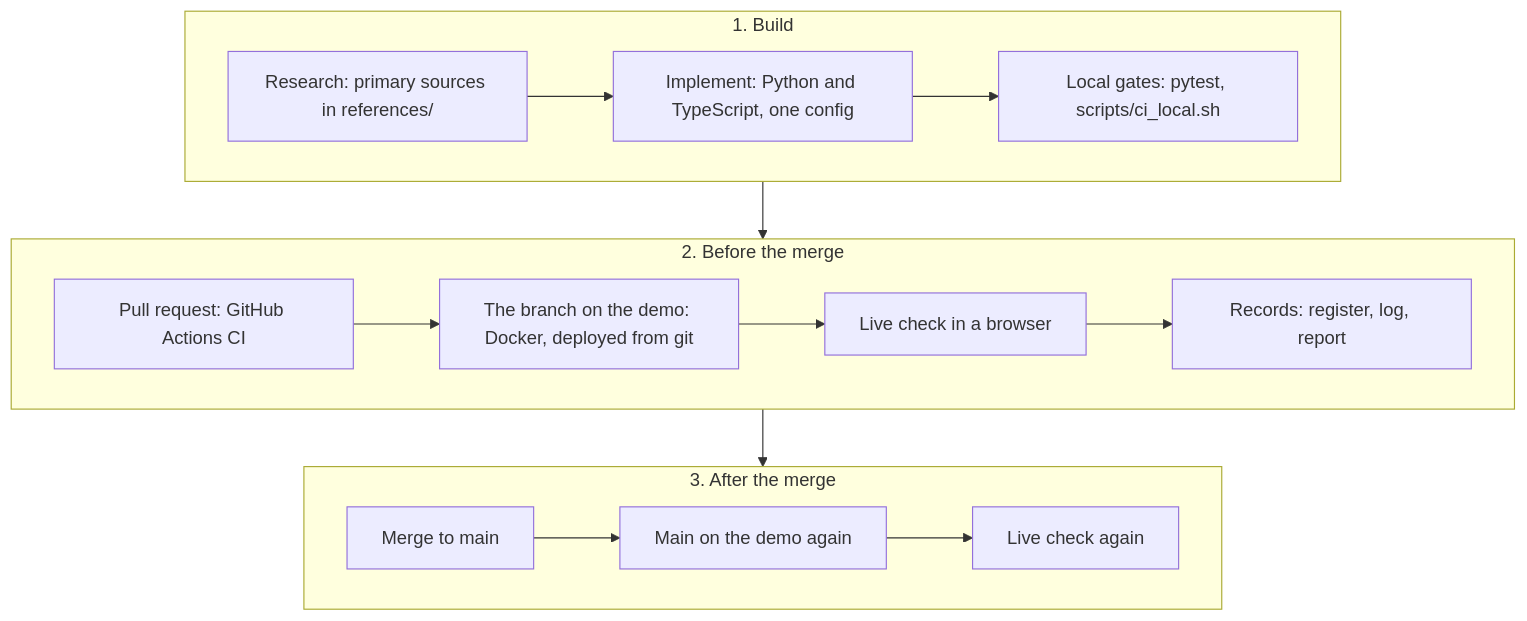
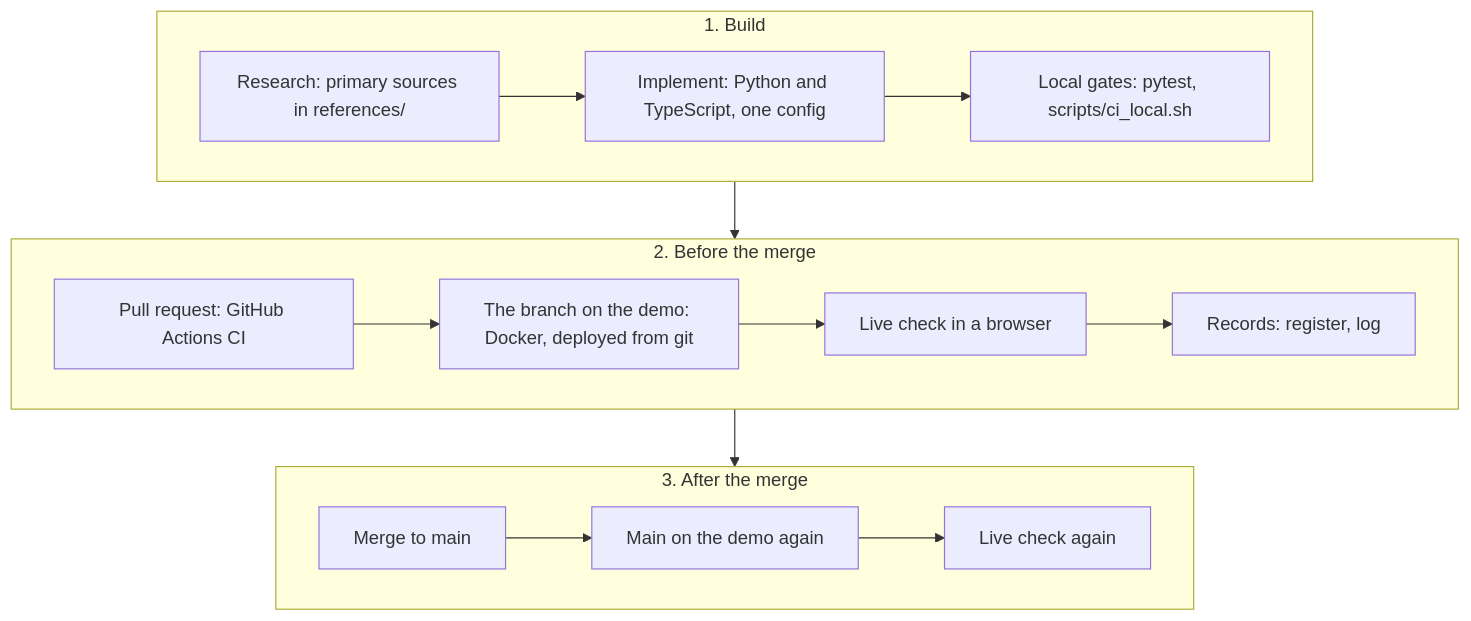
Before and after one commit to Quantum-Daemons/QSMPC-QKD-QHE-AI-Hybrid: the tenth of 11 diagrams in README.md, drawn with Mermaid. The commit also changed other lines of this file and 76 other files, not shown here.

````diff
--- a/README.md
+++ b/README.md
@@ -381,16 +381,16 @@
 ```mermaid
 flowchart TB
   subgraph W1["1. Build"]
     direction LR
     RS["Research: primary sources in references/"] --> IM["Implement: Python and TypeScript, one config"] --> LG["Local gates: pytest, scripts/ci_local.sh"]
   end
   subgraph W2["2. Before the merge"]
     direction LR
-    PR["Pull request: GitHub Actions CI"] --> DB["The branch on the demo: Docker, deployed from git"] --> LB["Live check in a browser"] --> RC["Records: register, log, report"]
+    PR["Pull request: GitHub Actions CI"] --> DB["The branch on the demo: Docker, deployed from git"] --> LB["Live check in a browser"] --> RC["Records: register, log"]
   end
   subgraph W3["3. After the merge"]
     direction LR
     MG["Merge to main"] --> DM["Main on the demo again"] --> LM["Live check again"]
   end
   W1 --> W2 --> W3
 ```
````
